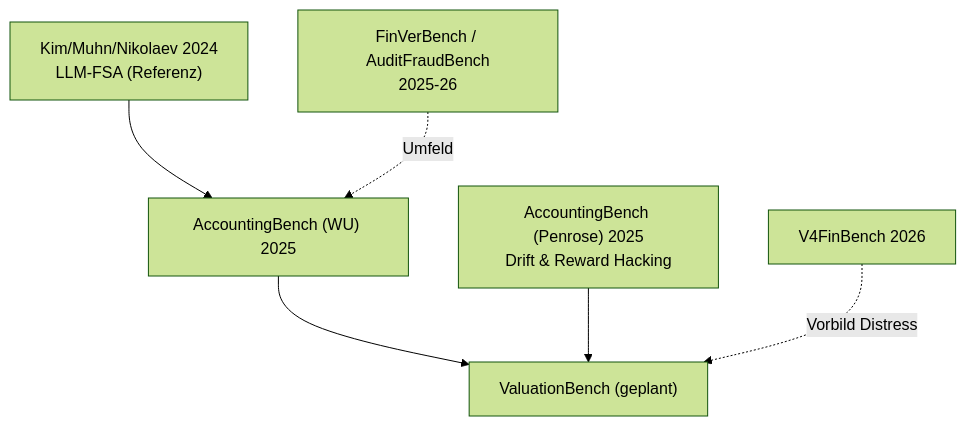
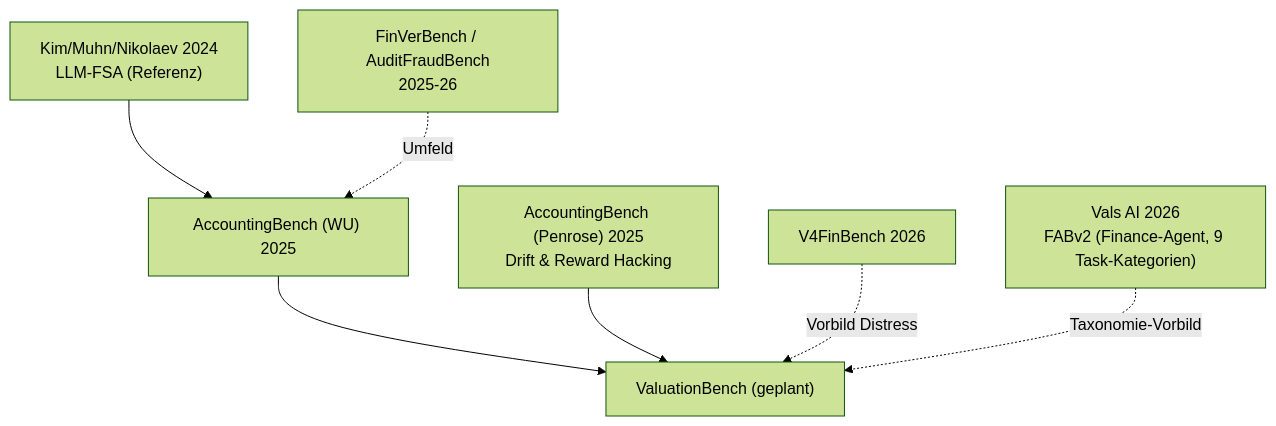
One commit to raulschalkwu/FinanceBenchmarking changed the diagram in 12 Literature Maps/Benchmark Literature Map.md. Above: the diagram before and after it, drawn with Mermaid (forest theme). The commit also changed other lines of this file and 3 other files, not shown here.

First line of the commit message:
Benchmark-Notiz Finance Agent Benchmark v2 (FABv2) hinzufuegen

````diff
--- a/12 Literature Maps/Benchmark Literature Map.md
+++ b/12 Literature Maps/Benchmark Literature Map.md
@@ -8,8 +8,9 @@
 ```mermaid
 graph TD
   KMN["Kim/Muhn/Nikolaev 2024<br>LLM-FSA (Referenz)"] --> ABWU["AccountingBench (WU) 2025"]
   ABWU --> VB["ValuationBench (geplant)"]
   ABP["AccountingBench (Penrose) 2025<br>Drift & Reward Hacking"] --> VB
   FVB["FinVerBench / AuditFraudBench<br>2025-26"] -.Umfeld.-> ABWU
   V4["V4FinBench 2026"] -.Vorbild Distress.-> VB
+  FABV2["Vals AI 2026<br>FABv2 (Finance-Agent, 9 Task-Kategorien)"] -.Taxonomie-Vorbild.-> VB
 ```
````
